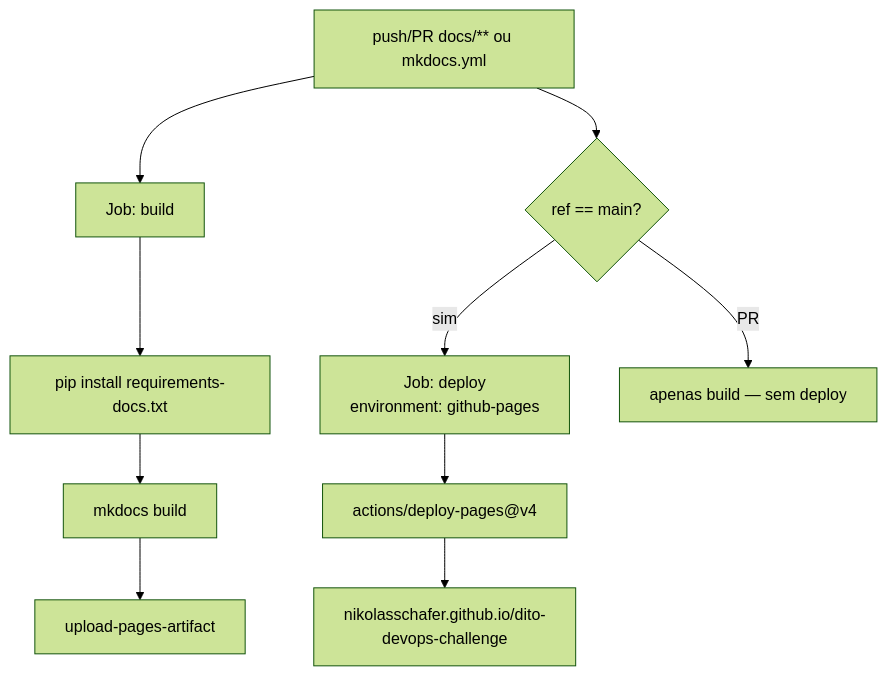
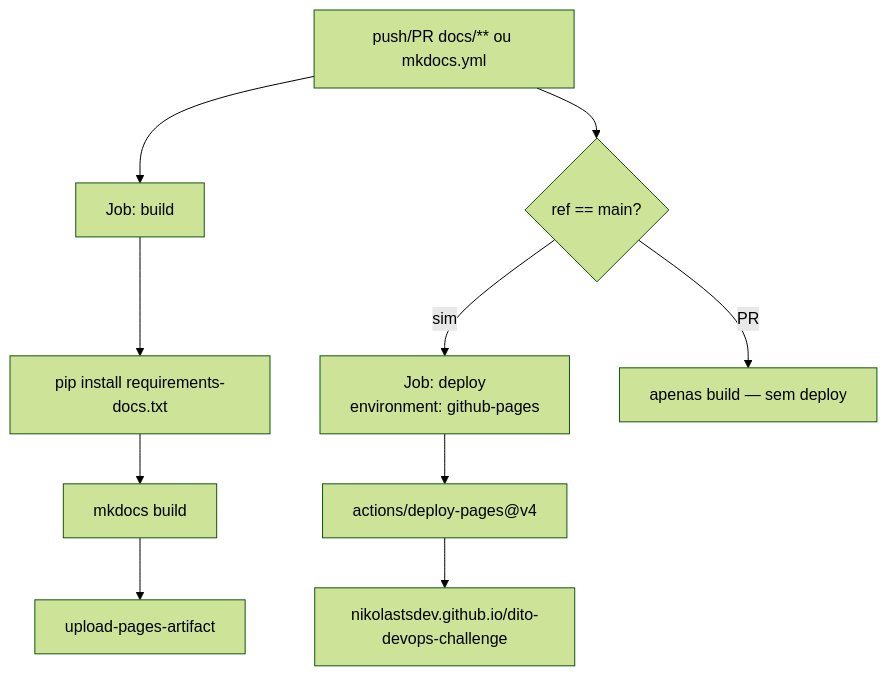
One commit to nikolastsdev/dito-devops-challenge changed the eighth of 13 diagrams in docs/ci-cd/pipeline-diagrams.md. Above: the diagram before and after it, drawn with Mermaid (forest theme). The commit also changed 13 other files, not shown here.

````diff
--- a/docs/ci-cd/pipeline-diagrams.md
+++ b/docs/ci-cd/pipeline-diagrams.md
@@ -194,13 +194,13 @@
 ```mermaid
 flowchart TD
     Trigger["push/PR docs/** ou mkdocs.yml"] --> Build["Job: build"]
     Build --> Pip["pip install requirements-docs.txt"]
     Pip --> MkDocs["mkdocs build"]
     MkDocs --> Artifact["upload-pages-artifact"]
 
     Trigger --> DeployCheck{"ref == main?"}
     DeployCheck -->|sim| Deploy["Job: deploy<br/>environment: github-pages"]
     Deploy --> Pages["actions/deploy-pages@v4"]
-    Pages --> URL["nikolasschafer.github.io/dito-devops-challenge"]
+    Pages --> URL["nikolastsdev.github.io/dito-devops-challenge"]
     DeployCheck -->|PR| BuildOnly["apenas build — sem deploy"]
 ```
````
